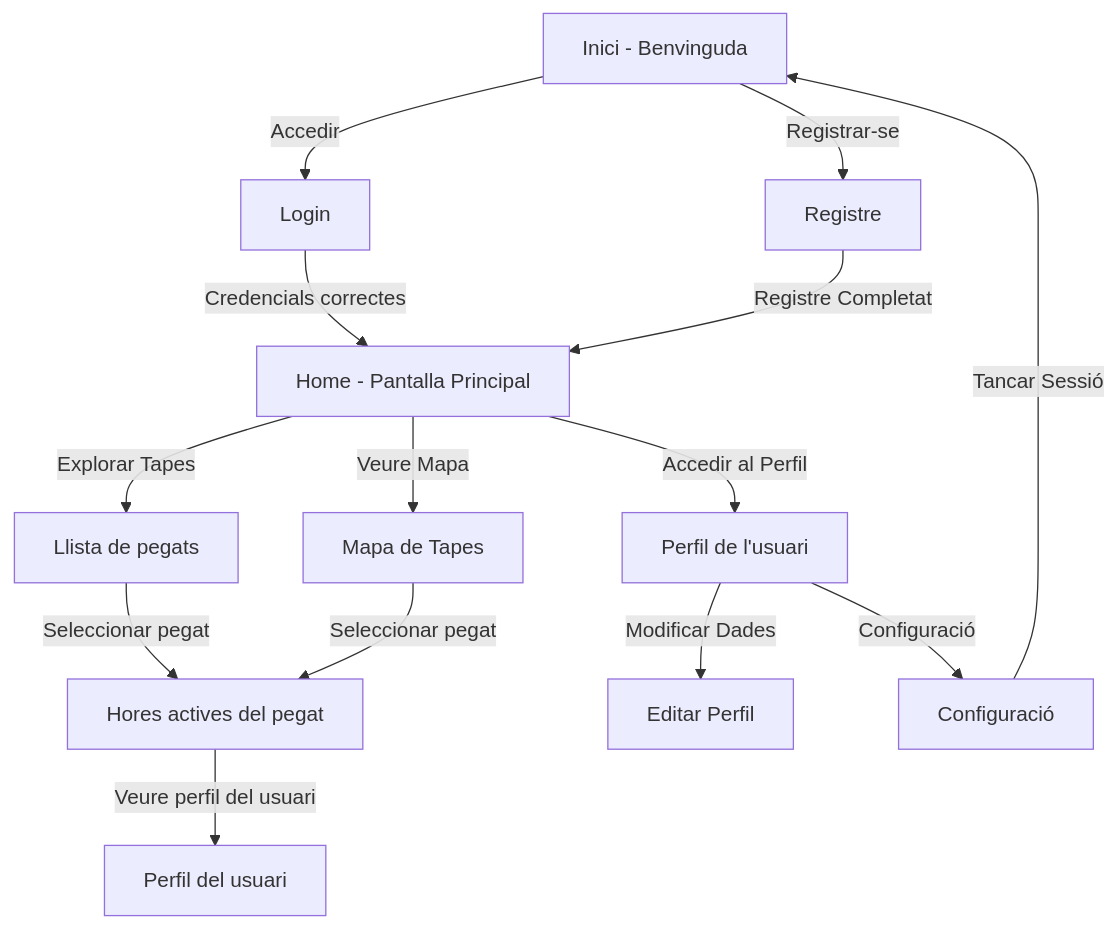
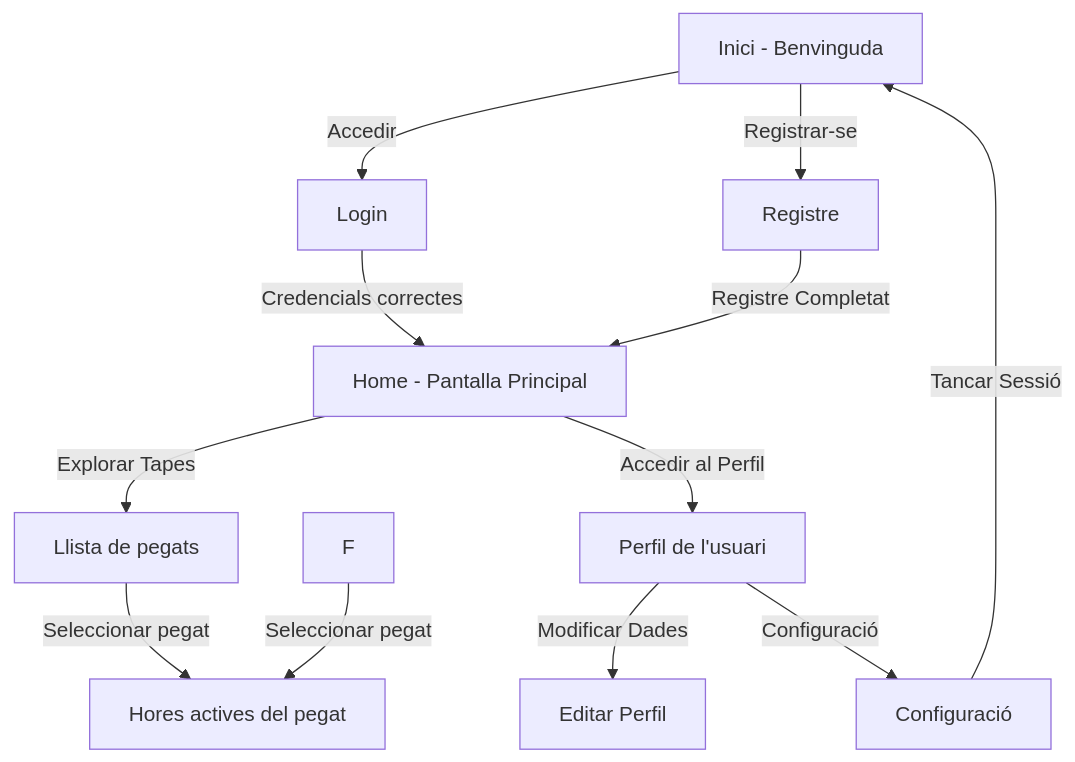
One commit to maraagm/TapatApp changed the diagram in diagramPestanyes.mmd. Above: the diagram before and after it, drawn with Mermaid.

```diff
--- a/diagramPestanyes.mmd
+++ b/diagramPestanyes.mmd
@@ -1,14 +1,12 @@
 flowchart TD
     A[Inici - Benvinguda] -->|Accedir| B[Login]
     A -->|Registrar-se| C[Registre]
     B -->|Credencials correctes| D[Home - Pantalla Principal]
     C -->|Registre Completat| D
     D -->|Explorar Tapes| E[Llista de pegats]
-    D -->|Veure Mapa| F[Mapa de Tapes]
     E -->|Seleccionar pegat| G[Hores actives del pegat]
     F -->|Seleccionar pegat| G
-    G -->|Veure perfil del usuari| I[Perfil del usuari]
     D -->|Accedir al Perfil| J[Perfil de l'usuari]
     J -->|Modificar Dades| K[Editar Perfil]
     J -->|Configuració| L[Configuració]
     L -->|Tancar Sessió| A
```
